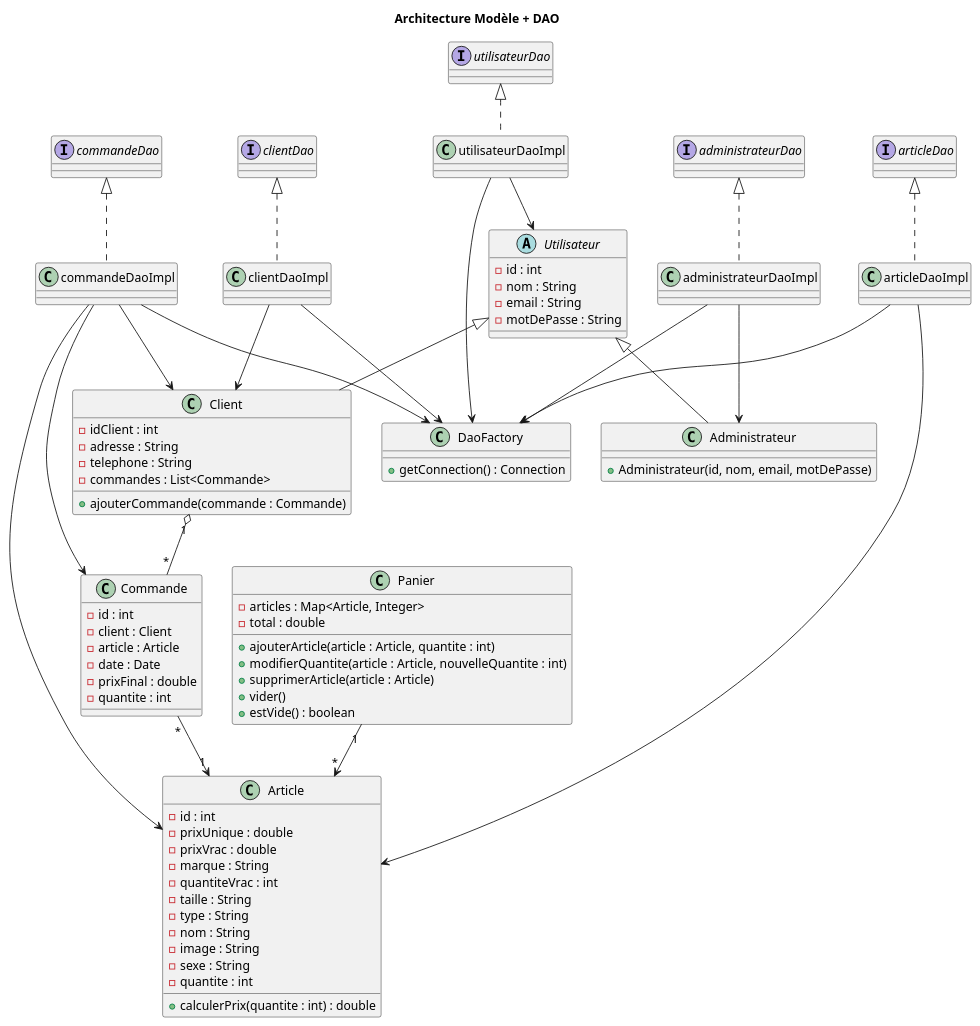
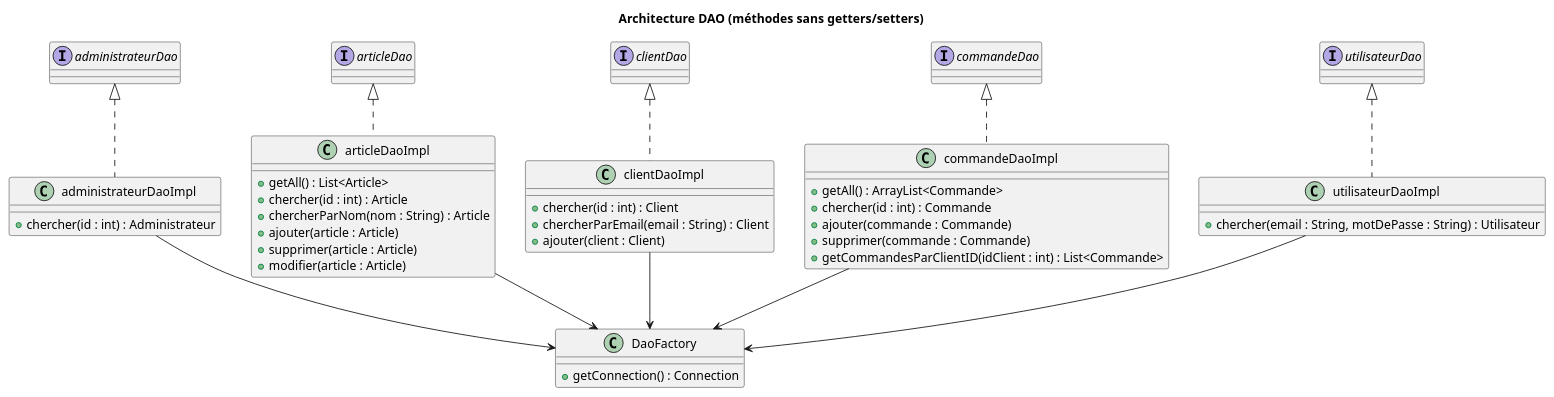
Before and after one commit to TonyTouak/projet-java-ing3-2025-ing3-java-2025-11-10: the diagram in src/diagramme_DAO.puml, drawn with PlantUML.

Commit message:
diagramme_DAO.puml

```diff
--- a/src/diagramme_DAO.puml
+++ b/src/diagramme_DAO.puml
@@ -1,107 +1,62 @@
 @startuml
 
-title Architecture Modèle + DAO
-
-' ===== CLASSES MÉTIER =====
-abstract class Utilisateur {
-    - id : int
-    - nom : String
-    - email : String
-    - motDePasse : String
-}
-
-class Administrateur {
-    + Administrateur(id, nom, email, motDePasse)
-}
-
-class Client {
-    - idClient : int
-    - adresse : String
-    - telephone : String
-    - commandes : List<Commande>
-    + ajouterCommande(commande : Commande)
-}
-
-class Article {
-    - id : int
-    - prixUnique : double
-    - prixVrac : double
-    - marque : String
-    - quantiteVrac : int
-    - taille : String
-    - type : String
-    - nom : String
-    - image : String
-    - sexe : String
-    - quantite : int
-    + calculerPrix(quantite : int) : double
-}
-
-class Commande {
-    - id : int
-    - client : Client
-    - article : Article
-    - date : Date
-    - prixFinal : double
-    - quantite : int
-}
-
-class Panier {
-    - articles : Map<Article, Integer>
-    - total : double
-    + ajouterArticle(article : Article, quantite : int)
-    + modifierQuantite(article : Article, nouvelleQuantite : int)
-    + supprimerArticle(article : Article)
-    + vider()
-    + estVide() : boolean
-}
+title Architecture DAO (méthodes sans getters/setters)
 
 ' ===== DAO FACTORY =====
 class DaoFactory {
     + getConnection() : Connection
 }
 
 ' ===== INTERFACES DAO =====
 interface administrateurDao
 interface articleDao
 interface clientDao
 interface commandeDao
 interface utilisateurDao
 
 ' ===== IMPLÉMENTATIONS DAO =====
-class administrateurDaoImpl
-class articleDaoImpl
-class clientDaoImpl
-class commandeDaoImpl
-class utilisateurDaoImpl
+class administrateurDaoImpl {
+    + chercher(id : int) : Administrateur
+}
 
-' ===== RELATIONS MÉTIER =====
-Utilisateur <|-- Administrateur
-Utilisateur <|-- Client
-Client "1" o-- "*" Commande
-Commande "*" --> "1" Article
-Panier "1" --> "*" Article
+class articleDaoImpl {
+    + getAll() : List<Article>
+    + chercher(id : int) : Article
+    + chercherParNom(nom : String) : Article
+    + ajouter(article : Article)
+    + supprimer(article : Article)
+    + modifier(article : Article)
+}
+
+class clientDaoImpl {
+    + chercher(id : int) : Client
+    + chercherParEmail(email : String) : Client
+    + ajouter(client : Client)
+}
+
+class commandeDaoImpl {
+    + getAll() : ArrayList<Commande>
+    + chercher(id : int) : Commande
+    + ajouter(commande : Commande)
+    + supprimer(commande : Commande)
+    + getCommandesParClientID(idClient : int) : List<Commande>
+}
+
+class utilisateurDaoImpl {
+    + chercher(email : String, motDePasse : String) : Utilisateur
+}
 
 ' ===== RELATIONS DAO =====
 administrateurDao <|.. administrateurDaoImpl
 articleDao <|.. articleDaoImpl
 clientDao <|.. clientDaoImpl
 commandeDao <|.. commandeDaoImpl
 utilisateurDao <|.. utilisateurDaoImpl
 
 administrateurDaoImpl --> DaoFactory
 articleDaoImpl --> DaoFactory
 clientDaoImpl --> DaoFactory
 commandeDaoImpl --> DaoFactory
 utilisateurDaoImpl --> DaoFactory
 
-commandeDaoImpl --> Article
-commandeDaoImpl --> Client
-commandeDaoImpl --> Commande
-
-clientDaoImpl --> Client
-articleDaoImpl --> Article
-utilisateurDaoImpl --> Utilisateur
-administrateurDaoImpl --> Administrateur
-
 @enduml
```
